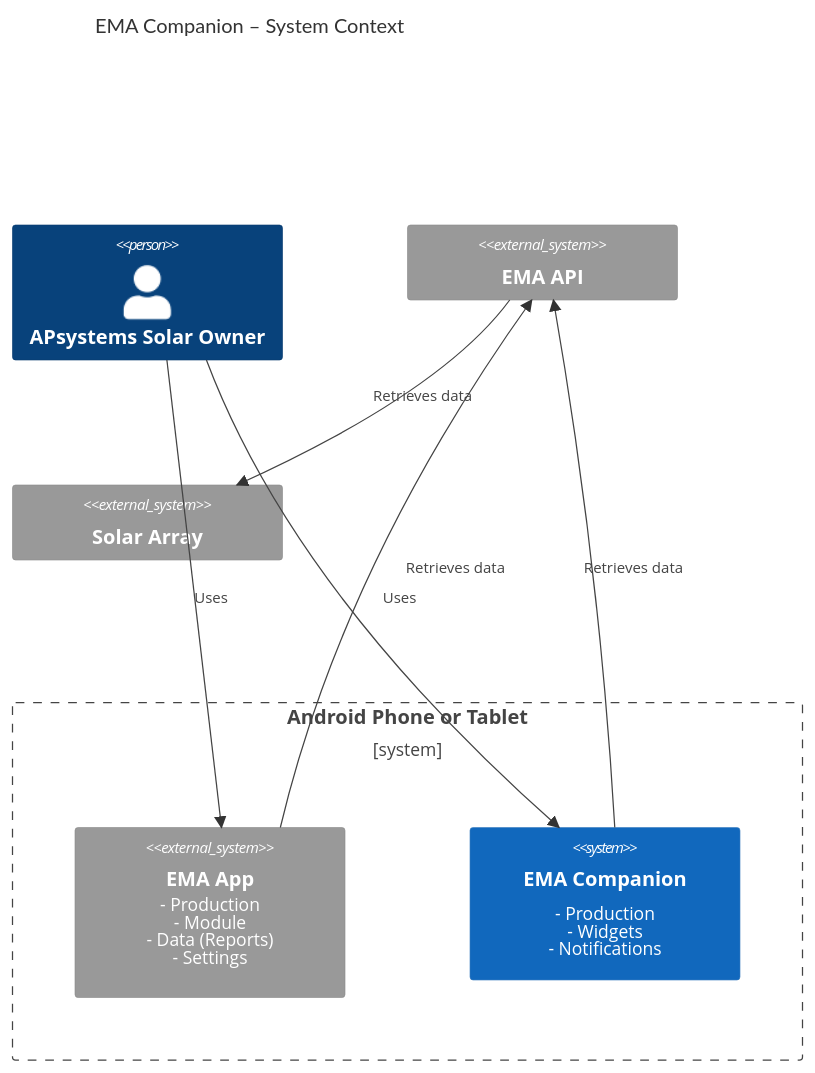
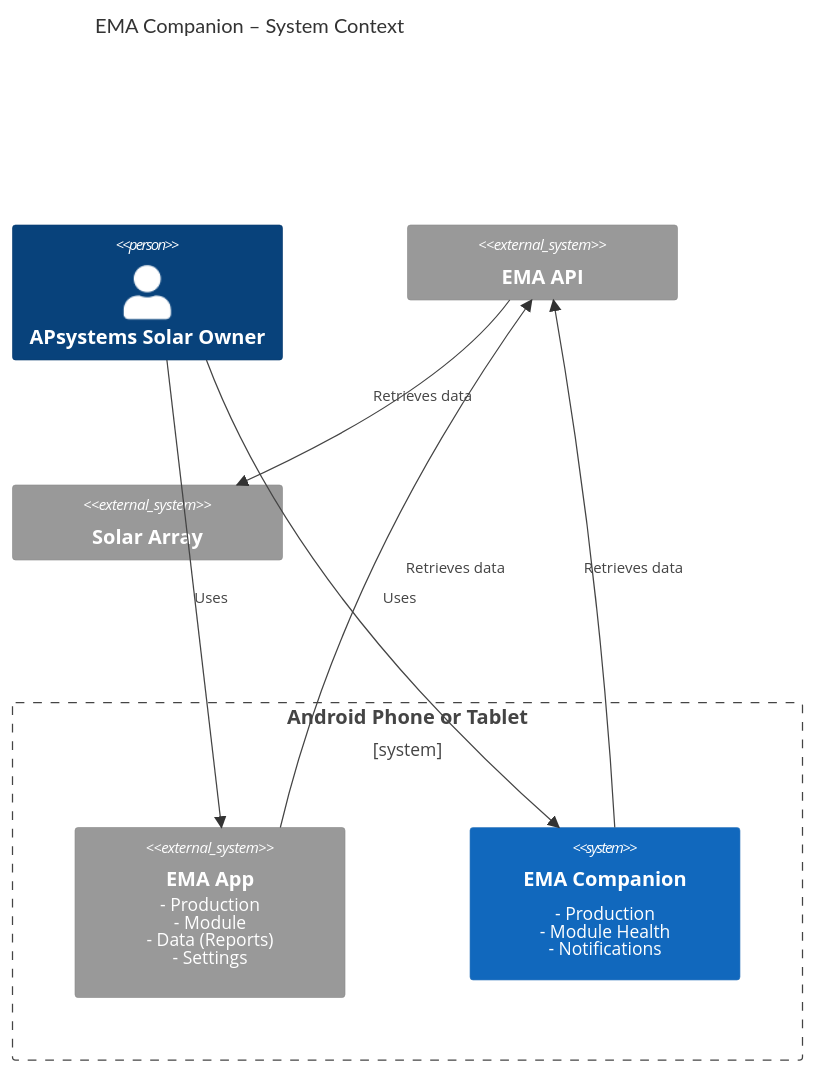
Before and after one commit to schlueternetz/ema-companion: the diagram in docs/user-guide/system-context.mmd, drawn with Mermaid. The commit also changed 67 other files, not shown here.

Commit message:
module health wip

```diff
--- a/docs/user-guide/system-context.mmd
+++ b/docs/user-guide/system-context.mmd
@@ -1,18 +1,18 @@
 C4Context
     title EMA Companion – System Context
 
     Person(owner, "APsystems Solar Owner")
 
     Boundary(device, "Android Phone or Tablet") {
         System_Ext(emaApp, "EMA App", "- Production<br/>- Module<br/>- Data (Reports)<br/>- Settings")
-        System(companion, "EMA Companion", "- Production<br/>- Widgets<br/>- Notifications")
+        System(companion, "EMA Companion", "- Production<br/>- Module Health<br/>- Notifications")
     }
 
     System_Ext(emaApi, "EMA API")
     System_Ext(solarArray, "Solar Array")
 
     Rel(owner, emaApp, "Uses")
     Rel(owner, companion, "Uses")
     Rel(emaApp, emaApi, "Retrieves data")
     Rel(companion, emaApi, "Retrieves data")
     Rel(emaApi, solarArray, "Retrieves data")
```
